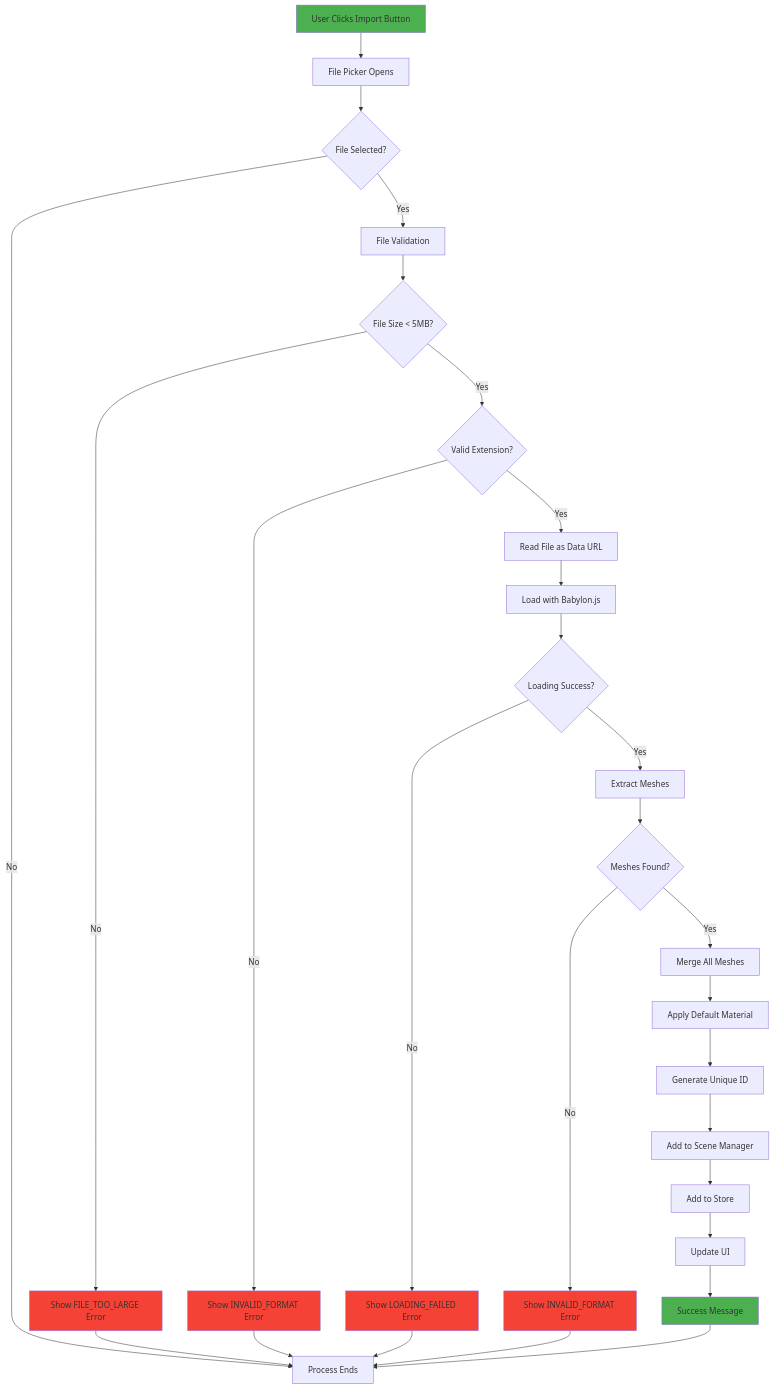
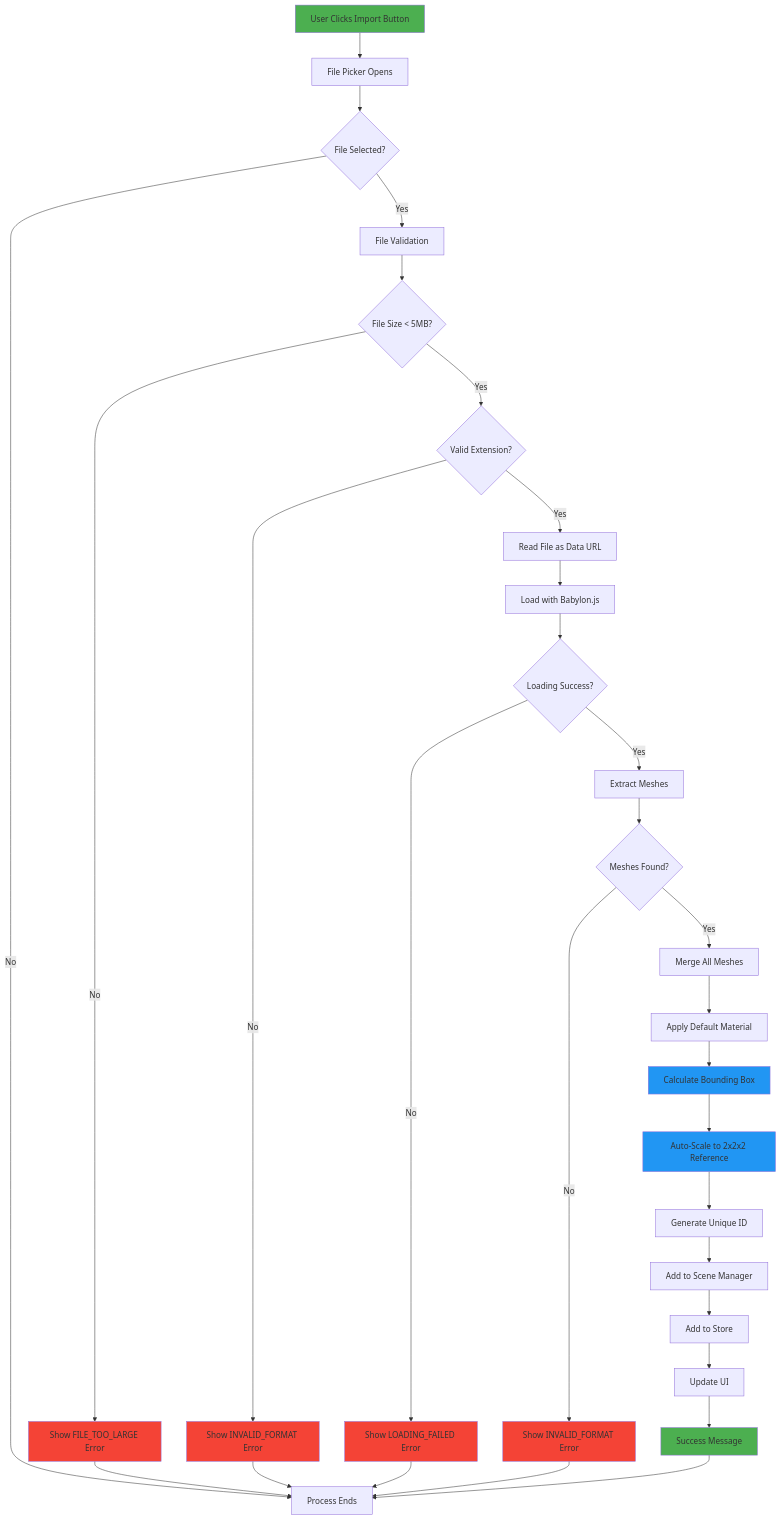
The first of 2 diagrams in import.md (VibeCAD/gui), drawn with Mermaid before and after one commit. The commit also changed other lines of this file and 1 other file, not shown here.

````diff
--- a/import.md
+++ b/import.md
@@ -16,43 +16,47 @@
 ```mermaid
 graph TD
     A[User Clicks Import Button] --> B[File Picker Opens]
     B --> C{File Selected?}
     C -->|No| Z[Process Ends]
     C -->|Yes| D[File Validation]
     
     D --> E{File Size < 5MB?}
     E -->|No| F[Show FILE_TOO_LARGE Error]
     F --> Z
     
     E -->|Yes| G{Valid Extension?}
     G -->|No| H[Show INVALID_FORMAT Error]
     H --> Z
     
     G -->|Yes| I[Read File as Data URL]
     I --> J[Load with Babylon.js]
     
     J --> K{Loading Success?}
     K -->|No| L[Show LOADING_FAILED Error]
     L --> Z
     
     K -->|Yes| M[Extract Meshes]
     M --> N{Meshes Found?}
     N -->|No| O[Show INVALID_FORMAT Error]
     O --> Z
     
     N -->|Yes| P[Merge All Meshes]
     P --> Q[Apply Default Material]
-    Q --> R[Generate Unique ID]
+    Q --> Q1[Calculate Bounding Box]
+    Q1 --> Q2[Auto-Scale to 2x2x2 Reference]
+    Q2 --> R[Generate Unique ID]
     R --> S[Add to Scene Manager]
     S --> T[Add to Store]
     T --> U[Update UI]
     U --> V[Success Message]
     V --> Z
     
     style A fill:#4CAF50
     style V fill:#4CAF50
     style F fill:#f44336
     style H fill:#f44336
     style L fill:#f44336
     style O fill:#f44336
+    style Q1 fill:#2196F3
+    style Q2 fill:#2196F3
 ```
````
